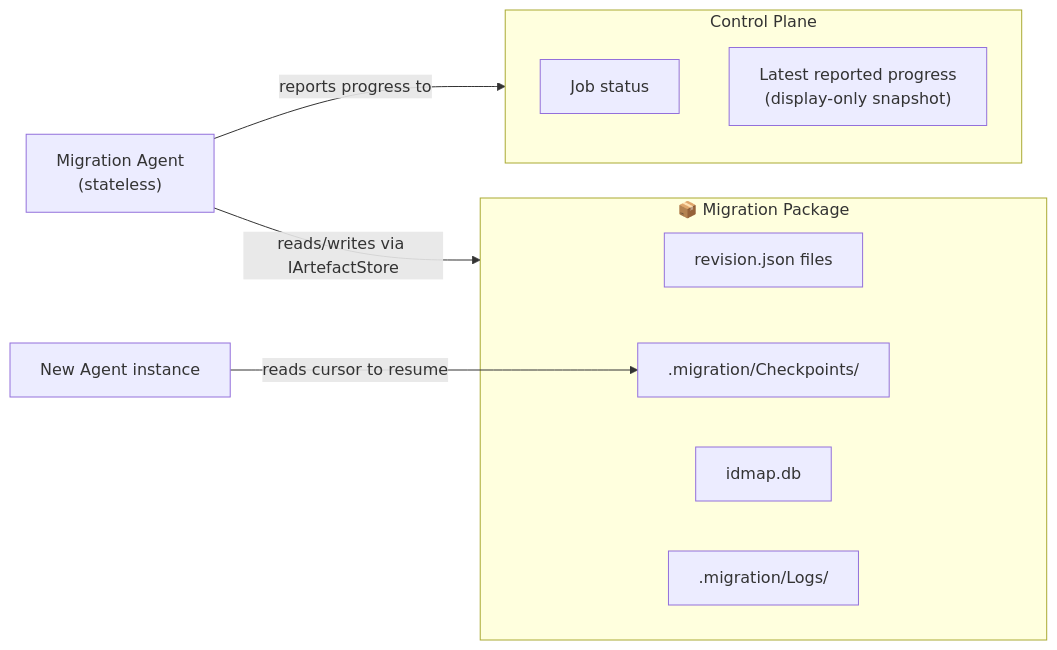
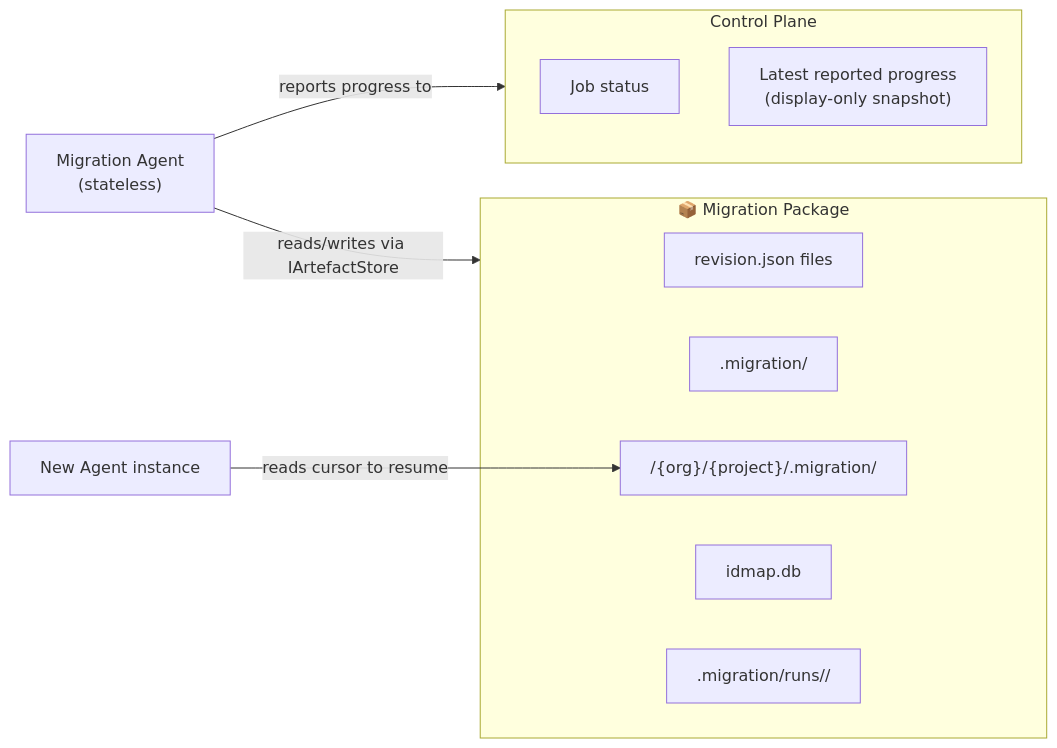
Before and after one commit to nkdAgility/azure-devops-migration-platform: the second of 2 diagrams in docs/agent-hosting.md, drawn with Mermaid. The commit also changed other lines of this file and 9 other files, not shown here.

Commit message:
feat(032): enhance migration package structure and documentation — clarify run-scoped audit data and authoritative state management

````diff
--- a/docs/agent-hosting.md
+++ b/docs/agent-hosting.md
@@ -99,17 +107,18 @@
 ```mermaid
 flowchart LR
     subgraph Package["📦 Migration Package"]
         RevFiles["revision.json files"]
-        Cursors[".migration/Checkpoints/"]
+        RootState[".migration/"]
+        Cursors["/{org}/{project}/.migration/"]
         IDMap["idmap.db"]
-        Logs[".migration/Logs/"]
+        RunAudit[".migration/runs/<runId>/"]
     end
     subgraph ControlPlane["Control Plane"]
         JobState["Job status"]
         LatestProgress["Latest reported progress\n(display-only snapshot)"]
     end
     Agent["Migration Agent\n(stateless)"]
     Agent -->|reads/writes via IArtefactStore| Package
     Agent -->|reports progress to| ControlPlane
     Agent2["New Agent instance"] -->|reads cursor to resume| Cursors
 ```
````
